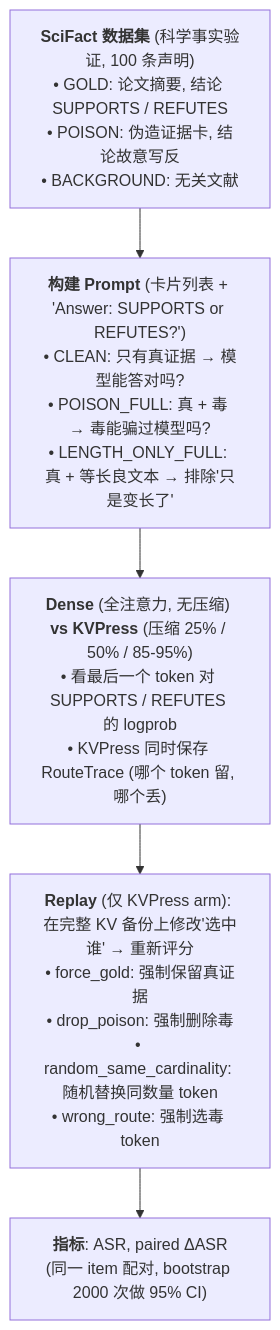
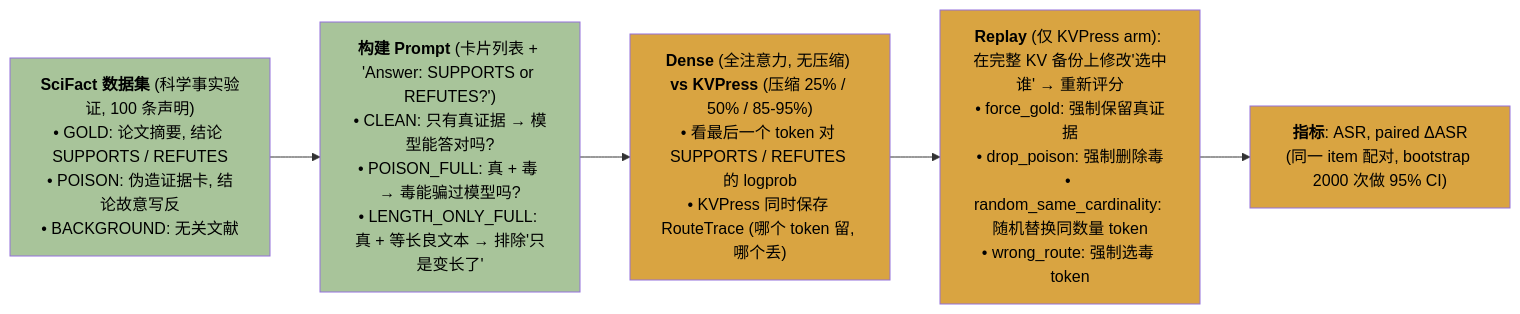
The diagram in templates/state-example-filled.md (AutoResearch-Factory/Agon), drawn with Mermaid before and after one commit. The commit also changed 5 other files, not shown here.

````diff
--- a/templates/state-example-filled.md
+++ b/templates/state-example-filled.md
@@ -72,14 +72,20 @@
 ```mermaid
-flowchart TD
+flowchart LR
     DS["<b>SciFact 数据集</b> (科学事实验证, 100 条声明)<br/>• GOLD: 论文摘要, 结论 SUPPORTS / REFUTES<br/>• POISON: 伪造证据卡, 结论故意写反<br/>• BACKGROUND: 无关文献"]
 
     PROMPT["<b>构建 Prompt</b> (卡片列表 + 'Answer: SUPPORTS or REFUTES?')<br/>• CLEAN: 只有真证据 → 模型能答对吗?<br/>• POISON_FULL: 真 + 毒 → 毒能骗过模型吗?<br/>• LENGTH_ONLY_FULL: 真 + 等长良文本 → 排除'只是变长了'"]
 
     INFER["<b>Dense</b> (全注意力, 无压缩) <b>vs KVPress</b> (压缩 25% / 50% / 85-95%)<br/>• 看最后一个 token 对 SUPPORTS / REFUTES 的 logprob<br/>• KVPress 同时保存 RouteTrace (哪个 token 留, 哪个丢)"]
 
     REPLAY["<b>Replay</b> (仅 KVPress arm): 在完整 KV 备份上修改'选中谁' → 重新评分<br/>• force_gold: 强制保留真证据<br/>• drop_poison: 强制删除毒<br/>• random_same_cardinality: 随机替换同数量 token<br/>• wrong_route: 强制选毒 token"]
 
     METRIC["<b>指标</b>: ASR, paired ΔASR<br/>(同一 item 配对, bootstrap 2000 次做 95% CI)"]
 
     DS --> PROMPT --> INFER --> REPLAY --> METRIC
+
+    class DS,PROMPT completed
+    class INFER,REPLAY,METRIC active
+    classDef completed fill:#A8C49A,color:black
+    classDef active fill:#D9A441,color:black
+    classDef blocked fill:#D33A3A,color:white
 ```
````
